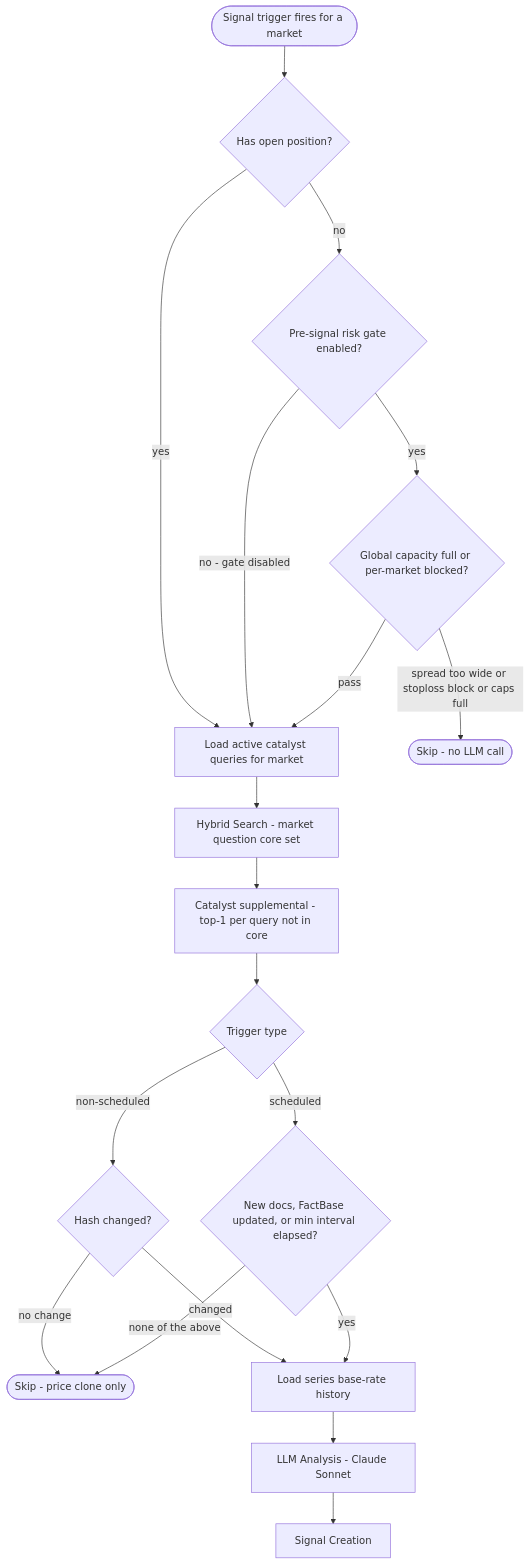
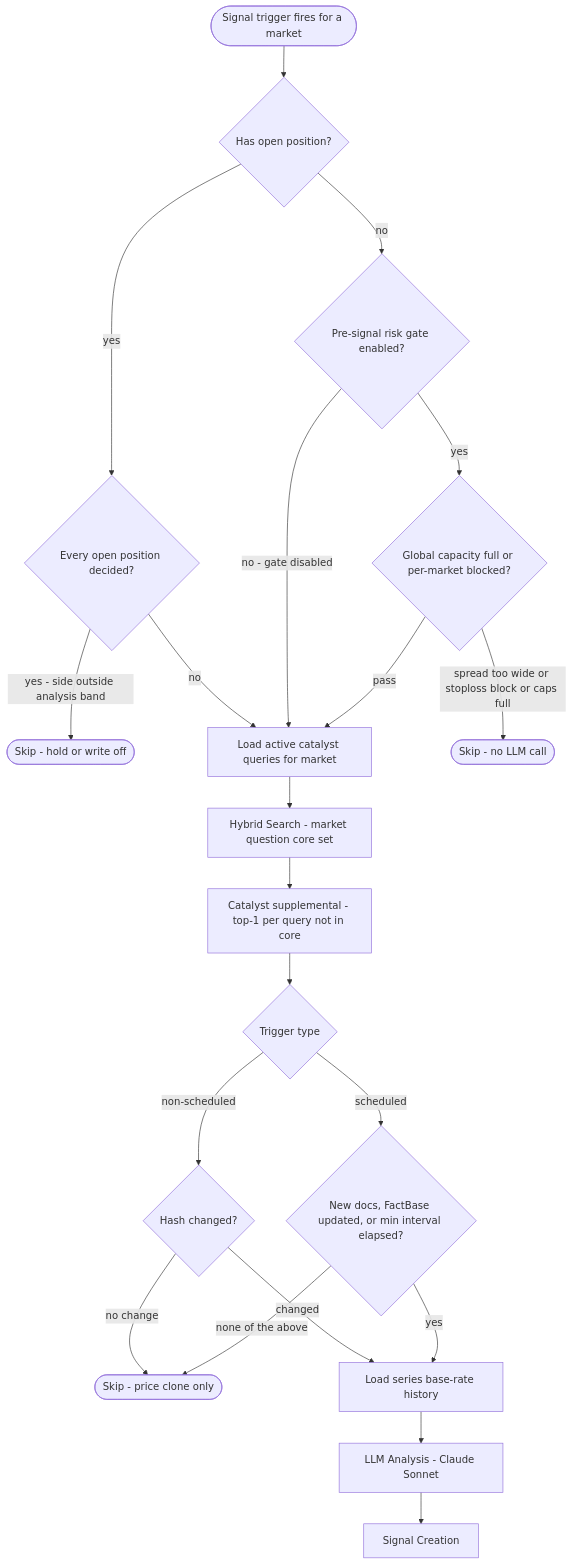
The third of 4 diagrams in SPEC.md (ostersc/freqpred), drawn with Mermaid before and after one commit. The commit also changed other lines of this file and 6 other files, not shown here.

````diff
--- a/SPEC.md
+++ b/SPEC.md
@@ -1221,22 +1270,24 @@
 ```mermaid
 flowchart TD
     T([Signal trigger fires for a market])
     T --> HOP{Has open position?}
-    HOP -->|yes| CQ
+    HOP -->|yes| DP{Every open position decided?}
+    DP -->|yes - side outside analysis band| SKIP3([Skip - hold or write off])
+    DP -->|no| CQ
     HOP -->|no| RG{Pre-signal risk gate enabled?}
     RG -->|no - gate disabled| CQ
     RG -->|yes| GC{Global capacity full or per-market blocked?}
     GC -->|spread too wide or stoploss block or caps full| SKIP2([Skip - no LLM call])
     GC -->|pass| CQ[Load active catalyst queries for market]
     CQ --> HS[Hybrid Search - market question core set]
     HS --> CS[Catalyst supplemental - top-1 per query not in core]
     CS --> TRG{Trigger type}
     TRG -->|non-scheduled| HC{Hash changed?}
     HC -->|no change| SKIP([Skip - price clone only])
     HC -->|changed| BR
     TRG -->|scheduled| SG{New docs, FactBase updated, or min interval elapsed?}
     SG -->|none of the above| SKIP
     SG -->|yes| BR[Load series base-rate history]
     BR --> LLM[LLM Analysis - Claude Sonnet]
     LLM --> SC[Signal Creation]
 ```
````
